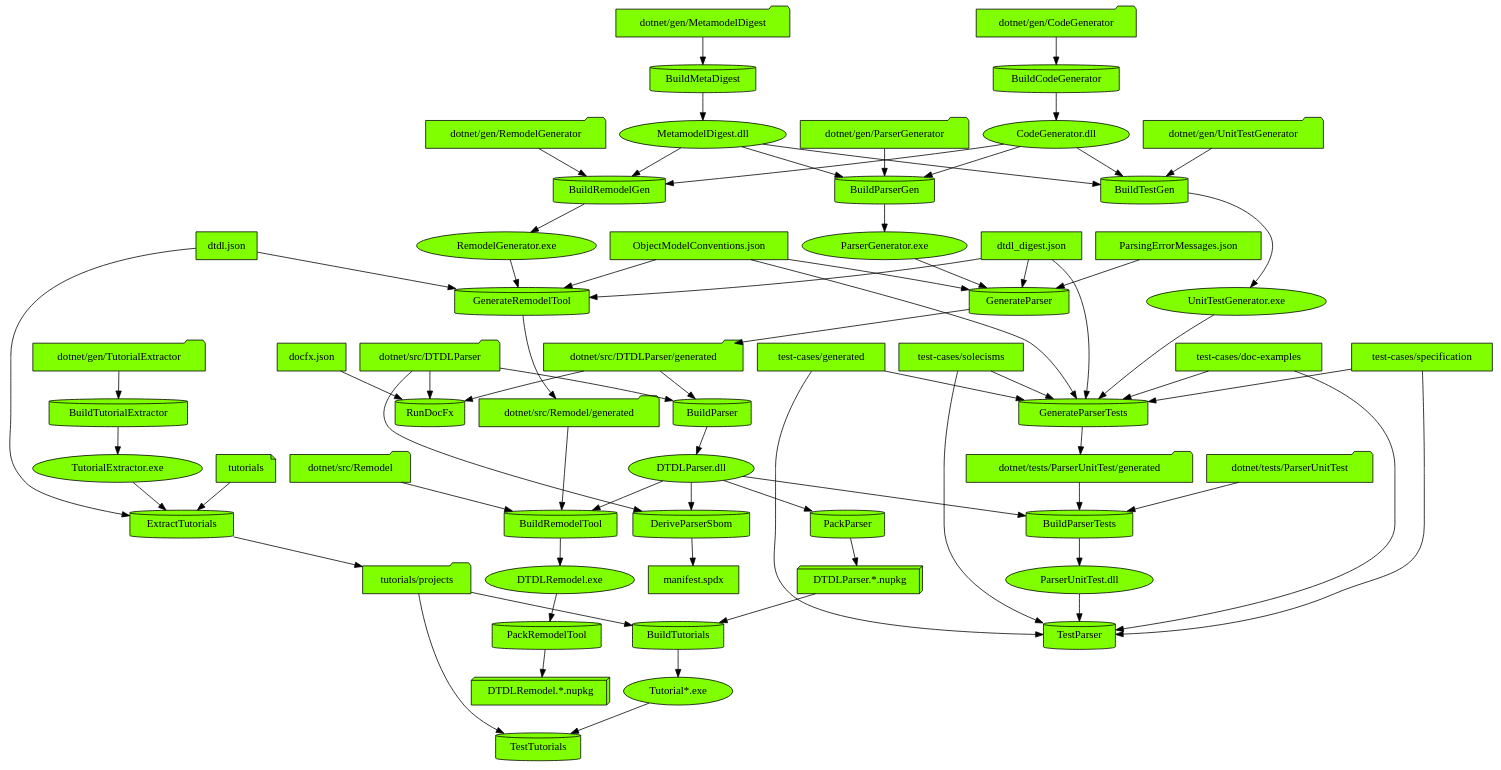
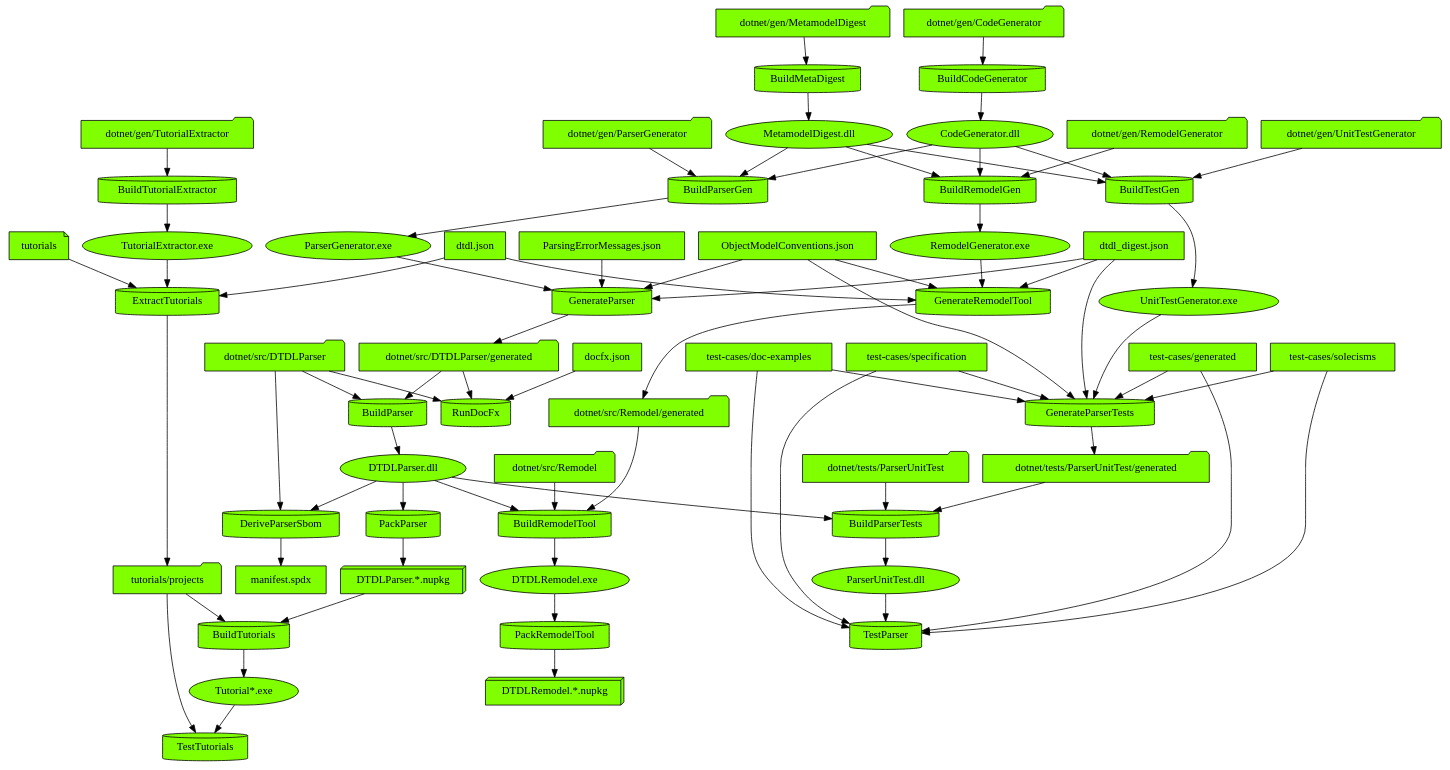
One commit to digitaltwinconsortium/DTDLParser changed the diagram in images/input/generated/DevelopFlowDiagram.dot. Above: the diagram before and after it, drawn with Graphviz. The commit also changed other lines of this file and 8 other files, not shown here.

First line of the commit message:
Sync DTDL files from DTDL repo main branch -- add EnergyRateUnit as an alias of PowerUnit (#156) (#108)

```diff
--- a/images/input/generated/DevelopFlowDiagram.dot
+++ b/images/input/generated/DevelopFlowDiagram.dot
@@ -1,131 +1,131 @@
 digraph {
   {
-    "BuildCodeGenerator" [shape=cylinder style=filled fillcolor=chartreuse]
-    "BuildMetaDigest" [shape=cylinder style=filled fillcolor=chartreuse]
-    "BuildParser" [shape=cylinder style=filled fillcolor=chartreuse]
+    "ExtractTutorials" [shape=cylinder style=filled fillcolor=chartreuse]
+    "BuildTutorials" [shape=cylinder style=filled fillcolor=chartreuse]
+    "GenerateParserTests" [shape=cylinder style=filled fillcolor=chartreuse]
     "BuildParserGen" [shape=cylinder style=filled fillcolor=chartreuse]
-    "BuildParserTests" [shape=cylinder style=filled fillcolor=chartreuse]
-    "BuildRemodelGen" [shape=cylinder style=filled fillcolor=chartreuse]
-    "BuildRemodelTool" [shape=cylinder style=filled fillcolor=chartreuse]
-    "BuildTestGen" [shape=cylinder style=filled fillcolor=chartreuse]
-    "BuildTutorialExtractor" [shape=cylinder style=filled fillcolor=chartreuse]
-    "BuildTutorials" [shape=cylinder style=filled fillcolor=chartreuse]
-    "DeriveParserSbom" [shape=cylinder style=filled fillcolor=chartreuse]
-    "ExtractTutorials" [shape=cylinder style=filled fillcolor=chartreuse]
-    "GenerateParser" [shape=cylinder style=filled fillcolor=chartreuse]
-    "GenerateParserTests" [shape=cylinder style=filled fillcolor=chartreuse]
+    "TestTutorials" [shape=cylinder style=filled fillcolor=chartreuse]
     "GenerateRemodelTool" [shape=cylinder style=filled fillcolor=chartreuse]
     "PackParser" [shape=cylinder style=filled fillcolor=chartreuse]
+    "BuildMetaDigest" [shape=cylinder style=filled fillcolor=chartreuse]
+    "BuildTestGen" [shape=cylinder style=filled fillcolor=chartreuse]
     "PackRemodelTool" [shape=cylinder style=filled fillcolor=chartreuse]
+    "BuildRemodelGen" [shape=cylinder style=filled fillcolor=chartreuse]
+    "BuildTutorialExtractor" [shape=cylinder style=filled fillcolor=chartreuse]
+    "BuildCodeGenerator" [shape=cylinder style=filled fillcolor=chartreuse]
+    "TestParser" [shape=cylinder style=filled fillcolor=chartreuse]
+    "DeriveParserSbom" [shape=cylinder style=filled fillcolor=chartreuse]
+    "BuildParser" [shape=cylinder style=filled fillcolor=chartreuse]
+    "BuildParserTests" [shape=cylinder style=filled fillcolor=chartreuse]
+    "GenerateParser" [shape=cylinder style=filled fillcolor=chartreuse]
     "RunDocFx" [shape=cylinder style=filled fillcolor=chartreuse]
-    "TestParser" [shape=cylinder style=filled fillcolor=chartreuse]
-    "TestTutorials" [shape=cylinder style=filled fillcolor=chartreuse]
-    "dotnet/gen/CodeGenerator" [shape=folder style=filled fillcolor=chartreuse]
-    "CodeGenerator.dll" [shape=ellipse style=filled fillcolor=chartreuse]
-    "dotnet/gen/MetamodelDigest" [shape=folder style=filled fillcolor=chartreuse]
-    "MetamodelDigest.dll" [shape=ellipse style=filled fillcolor=chartreuse]
-    "dotnet/src/DTDLParser" [shape=folder style=filled fillcolor=chartreuse]
-    "dotnet/src/DTDLParser/generated" [shape=folder style=filled fillcolor=chartreuse]
-    "DTDLParser.dll" [shape=ellipse style=filled fillcolor=chartreuse]
-    "dotnet/gen/ParserGenerator" [shape=folder style=filled fillcolor=chartreuse]
-    "ParserGenerator.exe" [shape=ellipse style=filled fillcolor=chartreuse]
-    "dotnet/tests/ParserUnitTest" [shape=folder style=filled fillcolor=chartreuse]
-    "dotnet/tests/ParserUnitTest/generated" [shape=folder style=filled fillcolor=chartreuse]
-    "ParserUnitTest.dll" [shape=ellipse style=filled fillcolor=chartreuse]
-    "dotnet/gen/RemodelGenerator" [shape=folder style=filled fillcolor=chartreuse]
-    "RemodelGenerator.exe" [shape=ellipse style=filled fillcolor=chartreuse]
-    "dotnet/src/Remodel" [shape=folder style=filled fillcolor=chartreuse]
-    "dotnet/src/Remodel/generated" [shape=folder style=filled fillcolor=chartreuse]
-    "DTDLRemodel.exe" [shape=ellipse style=filled fillcolor=chartreuse]
-    "dotnet/gen/UnitTestGenerator" [shape=folder style=filled fillcolor=chartreuse]
-    "UnitTestGenerator.exe" [shape=ellipse style=filled fillcolor=chartreuse]
-    "dotnet/gen/TutorialExtractor" [shape=folder style=filled fillcolor=chartreuse]
+    "BuildRemodelTool" [shape=cylinder style=filled fillcolor=chartreuse]
     "TutorialExtractor.exe" [shape=ellipse style=filled fillcolor=chartreuse]
-    "DTDLParser.*.nupkg" [shape=box3d style=filled fillcolor=chartreuse]
-    "tutorials/projects" [shape=folder style=filled fillcolor=chartreuse]
-    "Tutorial*.exe" [shape=ellipse style=filled fillcolor=chartreuse]
-    "manifest.spdx" [shape=box style=filled fillcolor=chartreuse]
     "dtdl.json" [shape=box style=filled fillcolor=chartreuse]
     "tutorials" [shape=note style=filled fillcolor=chartreuse]
+    "tutorials/projects" [shape=folder style=filled fillcolor=chartreuse]
+    "DTDLParser.*.nupkg" [shape=box3d style=filled fillcolor=chartreuse]
+    "Tutorial*.exe" [shape=ellipse style=filled fillcolor=chartreuse]
+    "UnitTestGenerator.exe" [shape=ellipse style=filled fillcolor=chartreuse]
     "dtdl_digest.json" [shape=box style=filled fillcolor=chartreuse]
     "ObjectModelConventions.json" [shape=box style=filled fillcolor=chartreuse]
-    "ParsingErrorMessages.json" [shape=box style=filled fillcolor=chartreuse]
     "test-cases/generated" [shape=box style=filled fillcolor=chartreuse]
     "test-cases/solecisms" [shape=box style=filled fillcolor=chartreuse]
     "test-cases/doc-examples" [shape=box style=filled fillcolor=chartreuse]
     "test-cases/specification" [shape=box style=filled fillcolor=chartreuse]
+    "dotnet/tests/ParserUnitTest/generated" [shape=folder style=filled fillcolor=chartreuse]
+    "dotnet/gen/ParserGenerator" [shape=folder style=filled fillcolor=chartreuse]
+    "MetamodelDigest.dll" [shape=ellipse style=filled fillcolor=chartreuse]
+    "CodeGenerator.dll" [shape=ellipse style=filled fillcolor=chartreuse]
+    "ParserGenerator.exe" [shape=ellipse style=filled fillcolor=chartreuse]
+    "RemodelGenerator.exe" [shape=ellipse style=filled fillcolor=chartreuse]
+    "dotnet/src/Remodel/generated" [shape=folder style=filled fillcolor=chartreuse]
+    "DTDLParser.dll" [shape=ellipse style=filled fillcolor=chartreuse]
+    "dotnet/gen/MetamodelDigest" [shape=folder style=filled fillcolor=chartreuse]
+    "dotnet/gen/UnitTestGenerator" [shape=folder style=filled fillcolor=chartreuse]
+    "DTDLRemodel.exe" [shape=ellipse style=filled fillcolor=chartreuse]
     "DTDLRemodel.*.nupkg" [shape=box3d style=filled fillcolor=chartreuse]
+    "dotnet/gen/RemodelGenerator" [shape=folder style=filled fillcolor=chartreuse]
+    "dotnet/gen/TutorialExtractor" [shape=folder style=filled fillcolor=chartreuse]
+    "dotnet/gen/CodeGenerator" [shape=folder style=filled fillcolor=chartreuse]
+    "ParserUnitTest.dll" [shape=ellipse style=filled fillcolor=chartreuse]
+    "dotnet/src/DTDLParser" [shape=folder style=filled fillcolor=chartreuse]
+    "manifest.spdx" [shape=box style=filled fillcolor=chartreuse]
+    "dotnet/src/DTDLParser/generated" [shape=folder style=filled fillcolor=chartreuse]
+    "dotnet/tests/ParserUnitTest" [shape=folder style=filled fillcolor=chartreuse]
+    "ParsingErrorMessages.json" [shape=box style=filled fillcolor=chartreuse]
     "docfx.json" [shape=box style=filled fillcolor=chartreuse]
+    "dotnet/src/Remodel" [shape=folder style=filled fillcolor=chartreuse]
   }
-  "dotnet/gen/CodeGenerator" -> "BuildCodeGenerator"
-  "BuildCodeGenerator" -> "CodeGenerator.dll"
-  "dotnet/gen/MetamodelDigest" -> "BuildMetaDigest"
-  "BuildMetaDigest" -> "MetamodelDigest.dll"
-  "dotnet/src/DTDLParser" -> "BuildParser"
-  "dotnet/src/DTDLParser/generated" -> "BuildParser"
-  "BuildParser" -> "DTDLParser.dll"
-  "dotnet/gen/ParserGenerator" -> "BuildParserGen"
-  "MetamodelDigest.dll" -> "BuildParserGen"
-  "CodeGenerator.dll" -> "BuildParserGen"
-  "BuildParserGen" -> "ParserGenerator.exe"
-  "dotnet/tests/ParserUnitTest" -> "BuildParserTests"
-  "dotnet/tests/ParserUnitTest/generated" -> "BuildParserTests"
-  "DTDLParser.dll" -> "BuildParserTests"
-  "BuildParserTests" -> "ParserUnitTest.dll"
-  "dotnet/gen/RemodelGenerator" -> "BuildRemodelGen"
-  "MetamodelDigest.dll" -> "BuildRemodelGen"
-  "CodeGenerator.dll" -> "BuildRemodelGen"
-  "BuildRemodelGen" -> "RemodelGenerator.exe"
-  "dotnet/src/Remodel" -> "BuildRemodelTool"
-  "dotnet/src/Remodel/generated" -> "BuildRemodelTool"
-  "DTDLParser.dll" -> "BuildRemodelTool"
-  "BuildRemodelTool" -> "DTDLRemodel.exe"
-  "dotnet/gen/UnitTestGenerator" -> "BuildTestGen"
-  "MetamodelDigest.dll" -> "BuildTestGen"
-  "CodeGenerator.dll" -> "BuildTestGen"
-  "BuildTestGen" -> "UnitTestGenerator.exe"
-  "dotnet/gen/TutorialExtractor" -> "BuildTutorialExtractor"
-  "BuildTutorialExtractor" -> "TutorialExtractor.exe"
-  "DTDLParser.*.nupkg" -> "BuildTutorials"
-  "tutorials/projects" -> "BuildTutorials"
-  "BuildTutorials" -> "Tutorial*.exe"
-  "DTDLParser.dll" -> "DeriveParserSbom"
-  "dotnet/src/DTDLParser" -> "DeriveParserSbom"
-  "DeriveParserSbom" -> "manifest.spdx"
   "TutorialExtractor.exe" -> "ExtractTutorials"
   "dtdl.json" -> "ExtractTutorials"
   "tutorials" -> "ExtractTutorials"
   "ExtractTutorials" -> "tutorials/projects"
-  "ParserGenerator.exe" -> "GenerateParser"
-  "dtdl_digest.json" -> "GenerateParser"
-  "ObjectModelConventions.json" -> "GenerateParser"
-  "ParsingErrorMessages.json" -> "GenerateParser"
-  "GenerateParser" -> "dotnet/src/DTDLParser/generated"
+  "DTDLParser.*.nupkg" -> "BuildTutorials"
+  "tutorials/projects" -> "BuildTutorials"
+  "BuildTutorials" -> "Tutorial*.exe"
   "UnitTestGenerator.exe" -> "GenerateParserTests"
   "dtdl_digest.json" -> "GenerateParserTests"
   "ObjectModelConventions.json" -> "GenerateParserTests"
   "test-cases/generated" -> "GenerateParserTests"
   "test-cases/solecisms" -> "GenerateParserTests"
   "test-cases/doc-examples" -> "GenerateParserTests"
   "test-cases/specification" -> "GenerateParserTests"
   "GenerateParserTests" -> "dotnet/tests/ParserUnitTest/generated"
+  "dotnet/gen/ParserGenerator" -> "BuildParserGen"
+  "MetamodelDigest.dll" -> "BuildParserGen"
+  "CodeGenerator.dll" -> "BuildParserGen"
+  "BuildParserGen" -> "ParserGenerator.exe"
+  "Tutorial*.exe" -> "TestTutorials"
+  "tutorials/projects" -> "TestTutorials"
   "RemodelGenerator.exe" -> "GenerateRemodelTool"
   "dtdl.json" -> "GenerateRemodelTool"
   "dtdl_digest.json" -> "GenerateRemodelTool"
   "ObjectModelConventions.json" -> "GenerateRemodelTool"
   "GenerateRemodelTool" -> "dotnet/src/Remodel/generated"
   "DTDLParser.dll" -> "PackParser"
   "PackParser" -> "DTDLParser.*.nupkg"
+  "dotnet/gen/MetamodelDigest" -> "BuildMetaDigest"
+  "BuildMetaDigest" -> "MetamodelDigest.dll"
+  "dotnet/gen/UnitTestGenerator" -> "BuildTestGen"
+  "MetamodelDigest.dll" -> "BuildTestGen"
+  "CodeGenerator.dll" -> "BuildTestGen"
+  "BuildTestGen" -> "UnitTestGenerator.exe"
   "DTDLRemodel.exe" -> "PackRemodelTool"
   "PackRemodelTool" -> "DTDLRemodel.*.nupkg"
-  "dotnet/src/DTDLParser" -> "RunDocFx"
-  "dotnet/src/DTDLParser/generated" -> "RunDocFx"
-  "docfx.json" -> "RunDocFx"
+  "dotnet/gen/RemodelGenerator" -> "BuildRemodelGen"
+  "MetamodelDigest.dll" -> "BuildRemodelGen"
+  "CodeGenerator.dll" -> "BuildRemodelGen"
+  "BuildRemodelGen" -> "RemodelGenerator.exe"
+  "dotnet/gen/TutorialExtractor" -> "BuildTutorialExtractor"
+  "BuildTutorialExtractor" -> "TutorialExtractor.exe"
+  "dotnet/gen/CodeGenerator" -> "BuildCodeGenerator"
+  "BuildCodeGenerator" -> "CodeGenerator.dll"
   "ParserUnitTest.dll" -> "TestParser"
   "test-cases/generated" -> "TestParser"
   "test-cases/solecisms" -> "TestParser"
   "test-cases/doc-examples" -> "TestParser"
   "test-cases/specification" -> "TestParser"
-  "Tutorial*.exe" -> "TestTutorials"
-  "tutorials/projects" -> "TestTutorials"
+  "DTDLParser.dll" -> "DeriveParserSbom"
+  "dotnet/src/DTDLParser" -> "DeriveParserSbom"
+  "DeriveParserSbom" -> "manifest.spdx"
+  "dotnet/src/DTDLParser" -> "BuildParser"
+  "dotnet/src/DTDLParser/generated" -> "BuildParser"
+  "BuildParser" -> "DTDLParser.dll"
+  "dotnet/tests/ParserUnitTest" -> "BuildParserTests"
+  "dotnet/tests/ParserUnitTest/generated" -> "BuildParserTests"
+  "DTDLParser.dll" -> "BuildParserTests"
+  "BuildParserTests" -> "ParserUnitTest.dll"
+  "ParserGenerator.exe" -> "GenerateParser"
+  "dtdl_digest.json" -> "GenerateParser"
+  "ObjectModelConventions.json" -> "GenerateParser"
+  "ParsingErrorMessages.json" -> "GenerateParser"
+  "GenerateParser" -> "dotnet/src/DTDLParser/generated"
+  "dotnet/src/DTDLParser" -> "RunDocFx"
+  "dotnet/src/DTDLParser/generated" -> "RunDocFx"
+  "docfx.json" -> "RunDocFx"
+  "dotnet/src/Remodel" -> "BuildRemodelTool"
+  "dotnet/src/Remodel/generated" -> "BuildRemodelTool"
+  "DTDLParser.dll" -> "BuildRemodelTool"
+  "BuildRemodelTool" -> "DTDLRemodel.exe"
 }
```
